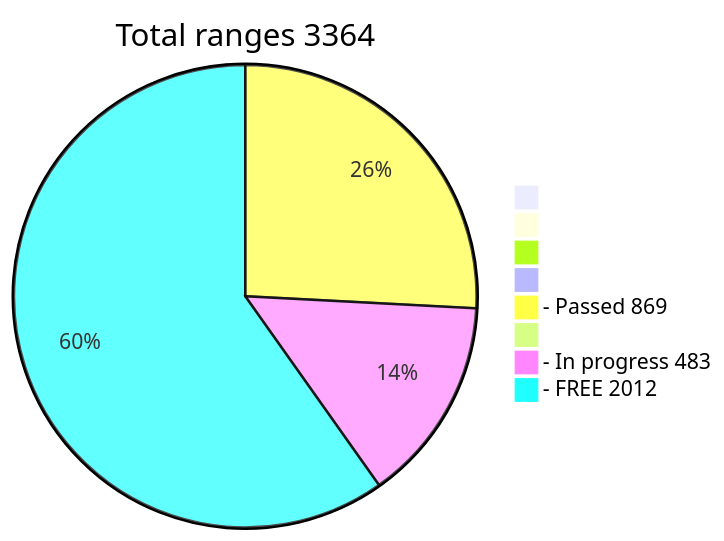
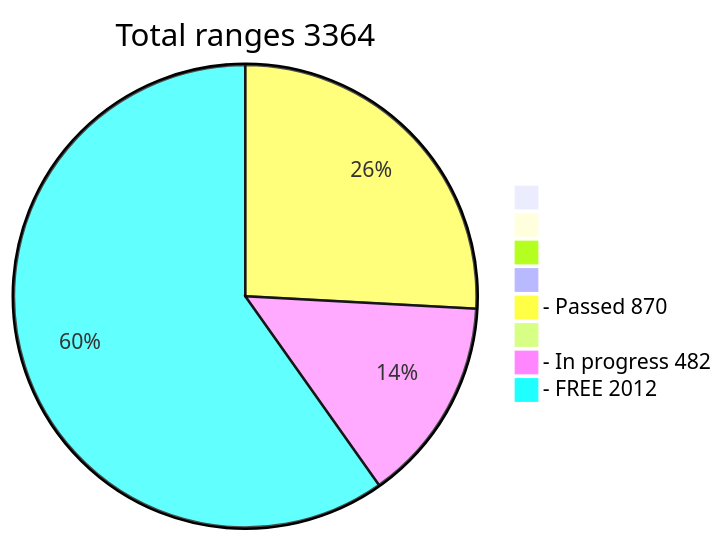
Before and after one commit to phrutis/wif500: the diagram in README.md, drawn with Mermaid.

````diff
--- a/README.md
+++ b/README.md
@@ -16,11 +16,11 @@
 ```mermaid
 pie title Total ranges 3364
              " " : 0
             "  " : 0
            "   " : 0
           "    " : 0
-  "- Passed 869" : 869
+  "- Passed 870" : 870
          "     " : 0
-  "- In progress 483" : 483
+  "- In progress 482" : 482
    "- FREE 2012" : 2012
 ```
````
